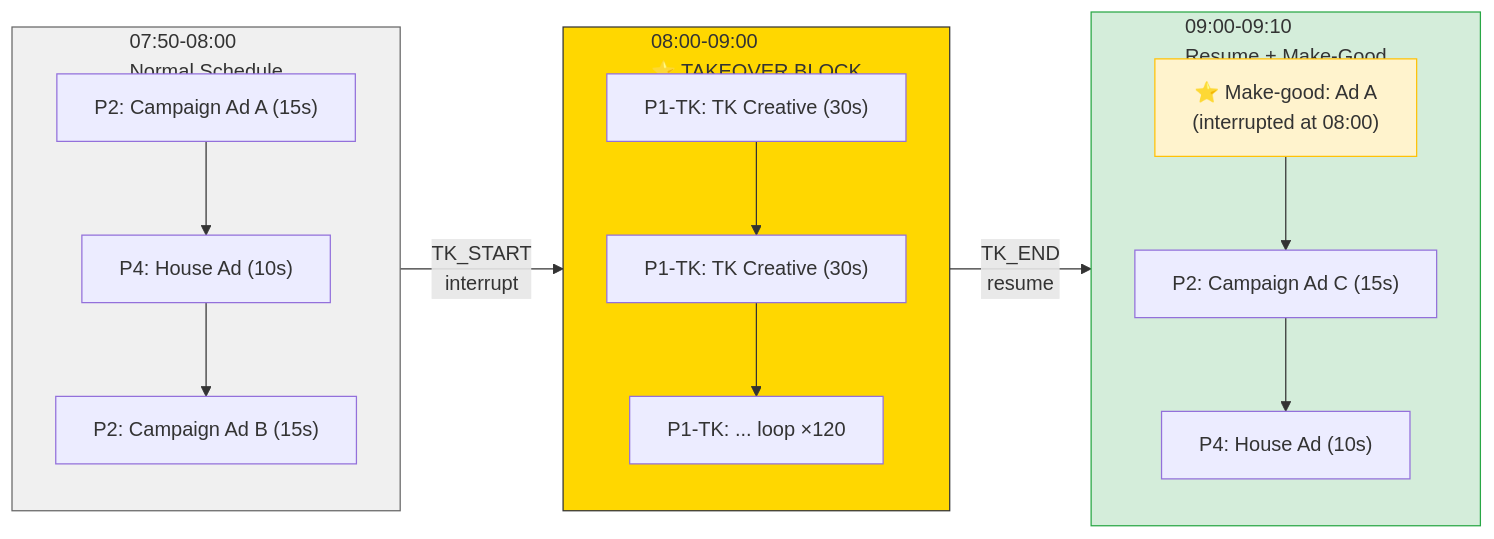
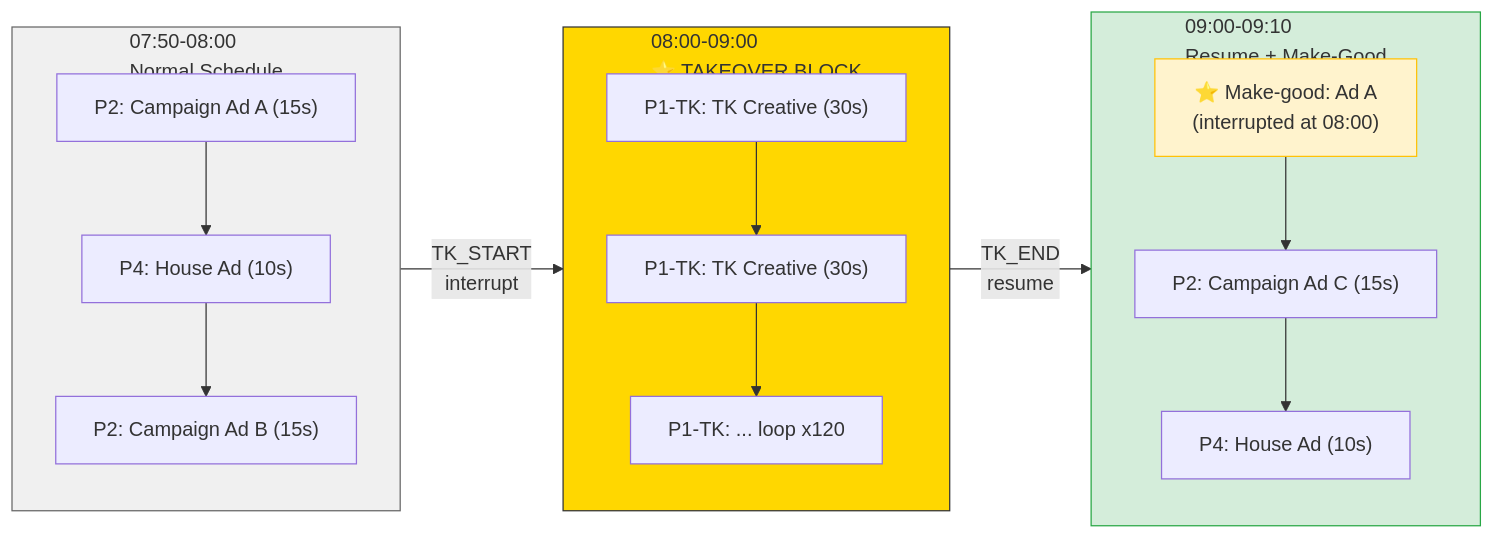
The diagram in scripts/diagrams/08-2-takeover-timeline.mmd (wasikarn/jira-generator), drawn with Mermaid before and after one commit. The commit also changed 5 other files, not shown here.

First line of the commit message:
fix: add ADF panel conversion bug fix and document Mermaid special char restrictions

```diff
--- a/scripts/diagrams/08-2-takeover-timeline.mmd
+++ b/scripts/diagrams/08-2-takeover-timeline.mmd
@@ -1,28 +1,28 @@
 flowchart LR
     subgraph BEFORE["07:50-08:00<br/>Normal Schedule"]
         direction TB
         B1["P2: Campaign Ad A (15s)"]
         B2["P4: House Ad (10s)"]
         B3["P2: Campaign Ad B (15s)"]
         B1 --> B2 --> B3
     end
     subgraph TK["08:00-09:00<br/>⭐ TAKEOVER BLOCK"]
         direction TB
         T1["P1-TK: TK Creative (30s)"]
         T2["P1-TK: TK Creative (30s)"]
-        T3["P1-TK: ... loop ×120"]
+        T3["P1-TK: ... loop x120"]
         T1 --> T2 --> T3
     end
     subgraph AFTER["09:00-09:10<br/>Resume + Make-Good"]
         direction TB
         A1["⭐ Make-good: Ad A<br/>(interrupted at 08:00)"]
         A2["P2: Campaign Ad C (15s)"]
         A3["P4: House Ad (10s)"]
         A1 --> A2 --> A3
     end
     BEFORE -->|"TK_START<br/>interrupt"| TK
     TK -->|"TK_END<br/>resume"| AFTER
     style BEFORE fill:#f0f0f0,stroke:#666
     style TK fill:#ffd700,stroke:#333
     style AFTER fill:#d4edda,stroke:#28a745
     style A1 fill:#fff3cd,stroke:#ffc107
```
